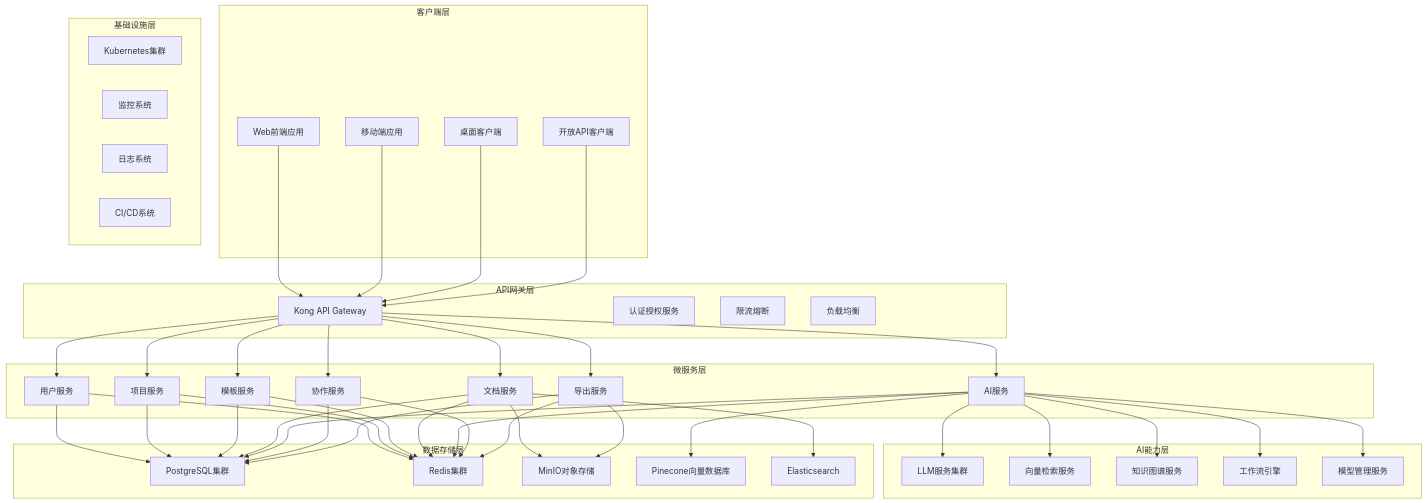
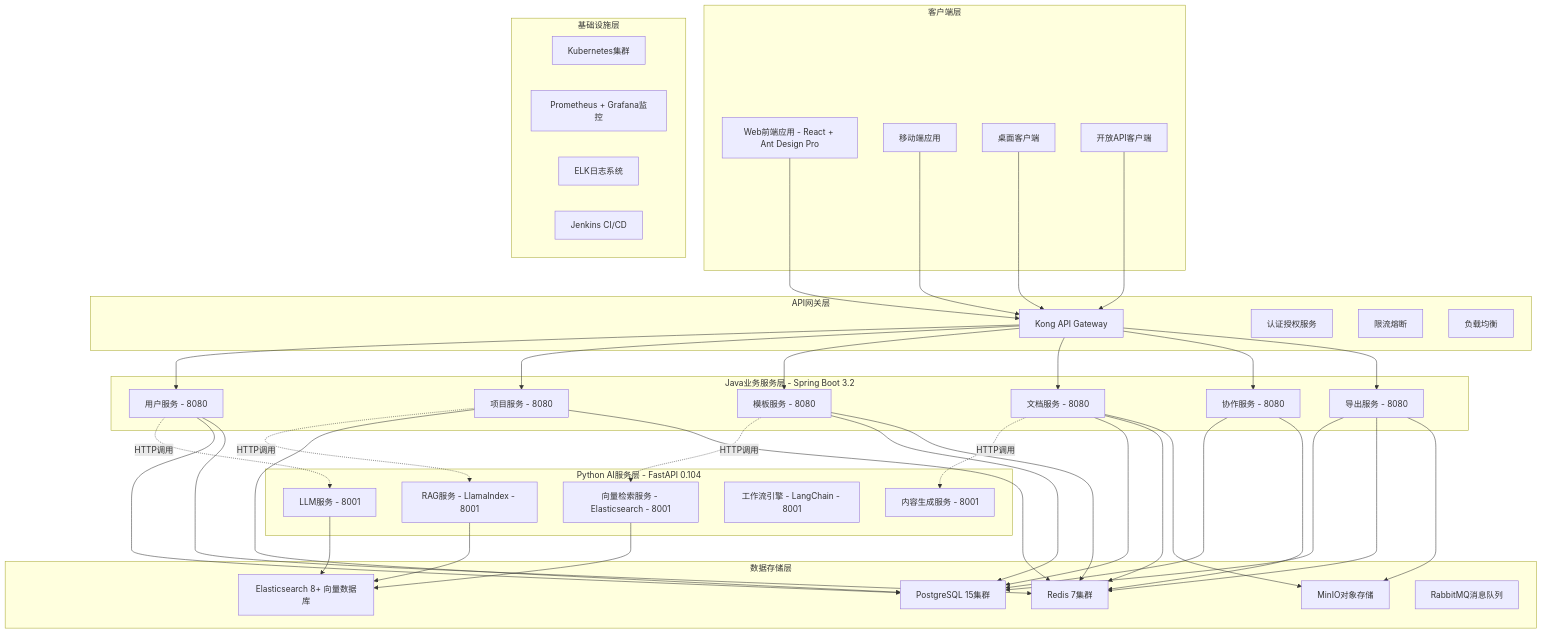
One commit to goodshileidev/ai-contract changed the diagram in 方案文档/08-技术架构详细实现.md. Above: the diagram before and after it, drawn with Mermaid. The commit also changed other lines of this file and 54 other files, not shown here.

````diff
--- a/方案文档/08-技术架构详细实现.md
+++ b/方案文档/08-技术架构详细实现.md
@@ -6,7 +23,7 @@
 ```mermaid
 graph TB
     subgraph "客户端层"
-        A[Web前端应用]
+        A[Web前端应用 - React + Ant Design Pro]
         B[移动端应用]
         C[桌面客户端]
         D[开放API客户端]
@@ -19,37 +36,36 @@
         H[负载均衡]
     end
 
-    subgraph "微服务层"
-        I[用户服务]
-        J[项目服务]
-        K[模板服务]
-        L[文档服务]
-        M[AI服务]
-        N[协作服务]
-        O[导出服务]
+    subgraph "Java业务服务层 - Spring Boot 3.2"
+        I[用户服务 - 8080]
+        J[项目服务 - 8080]
+        K[模板服务 - 8080]
+        L[文档服务 - 8080]
+        M[协作服务 - 8080]
+        N[导出服务 - 8080]
     end
 
-    subgraph "AI能力层"
-        P[LLM服务集群]
-        Q[向量检索服务]
-        R[知识图谱服务]
-        S[工作流引擎]
-        T[模型管理服务]
+    subgraph "Python AI服务层 - FastAPI 0.104"
+        O[LLM服务 - 8001]
+        P[RAG服务 - LlamaIndex - 8001]
+        Q[向量检索服务 - Elasticsearch - 8001]
+        R[工作流引擎 - LangChain - 8001]
+        S[内容生成服务 - 8001]
     end
 
     subgraph "数据存储层"
-        U[PostgreSQL集群]
-        V[Redis集群]
-        W[MinIO对象存储]
-        X[Pinecone向量数据库]
-        Y[Elasticsearch]
+        T[PostgreSQL 15集群]
+        U[Redis 7集群]
+        V[MinIO对象存储]
+        W[Elasticsearch 8+ 向量数据库]
+        X[RabbitMQ消息队列]
     end
 
     subgraph "基础设施层"
-        Z[Kubernetes集群]
-        AA[监控系统]
-        BB[日志系统]
-        CC[CI/CD系统]
+        Y[Kubernetes集群]
+        Z[Prometheus + Grafana监控]
+        AA[ELK日志系统]
+        BB[Jenkins CI/CD]
     end
 
     A --> E
@@ -63,13 +79,22 @@
     E --> L
     E --> M
     E --> N
-    E --> O
 
-    M --> P
-    M --> Q
-    M --> R
-    M --> S
+    I -.HTTP调用.-> O
+    J -.HTTP调用.-> P
+    K -.HTTP调用.-> Q
+    L -.HTTP调用.-> S
+
+    O --> W
+    P --> W
+    Q --> W
+
+    I --> T
+    J --> T
+    K --> T
+    L --> T
     M --> T
+    N --> T
 
     I --> U
     J --> U
@@ -77,19 +102,7 @@
     L --> U
     M --> U
     N --> U
-    O --> U
 
-    I --> V
-    J --> V
-    K --> V
     L --> V
-    M --> V
     N --> V
-    O --> V
-
-    L --> W
-    O --> W
-
-    M --> X
-    L --> Y
 ```
````
